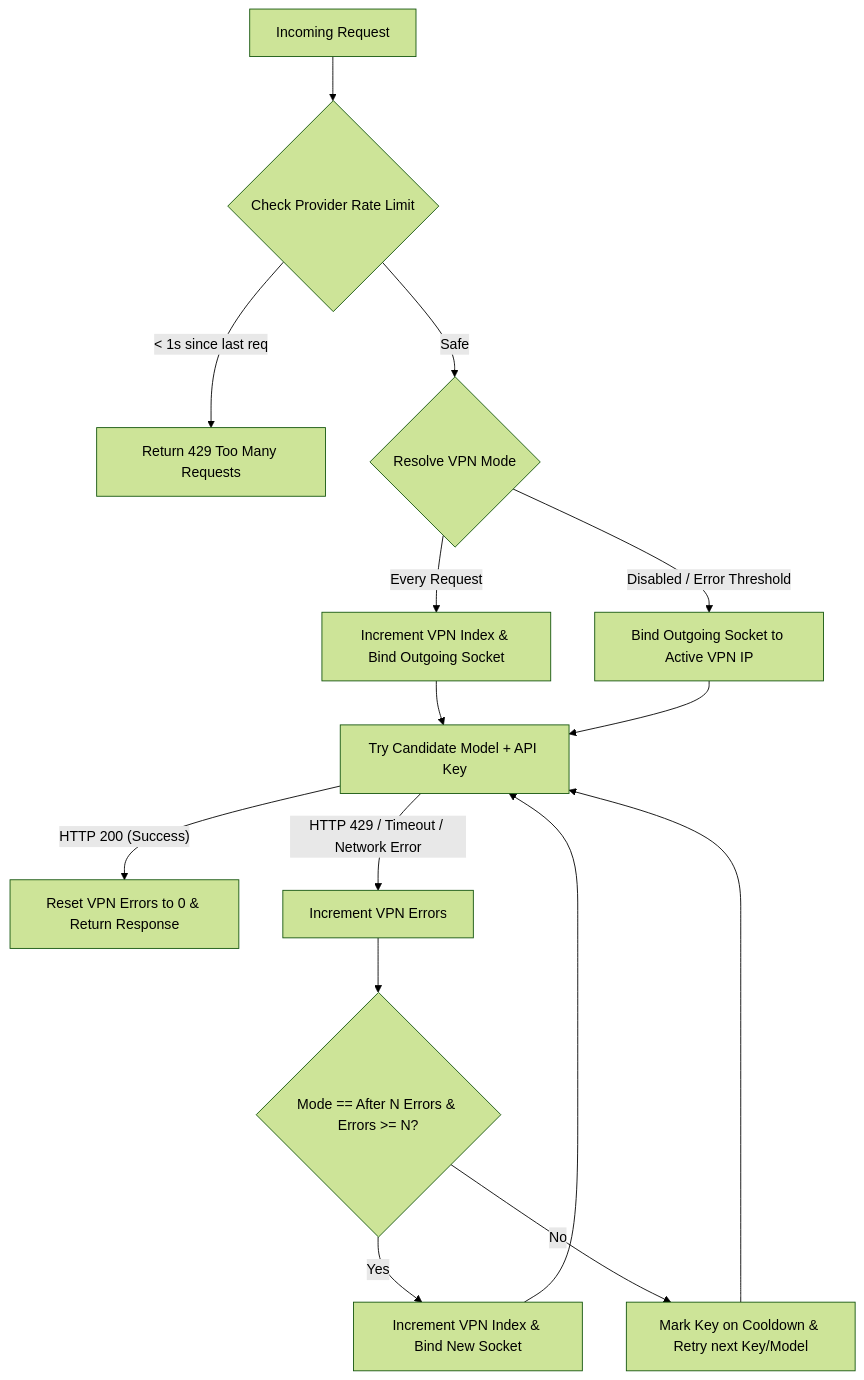
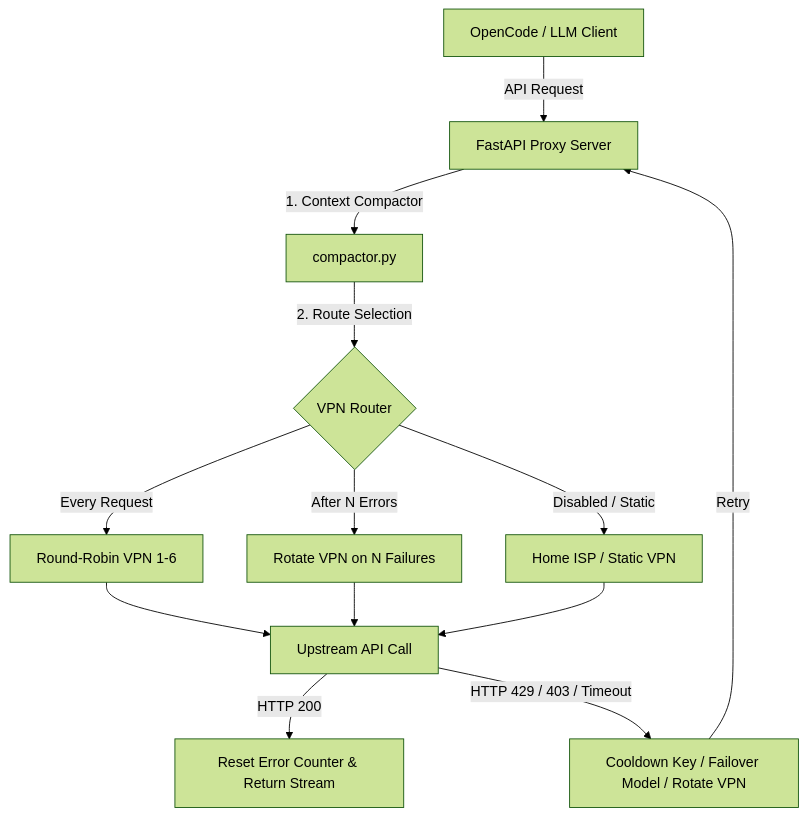
The diagram in README.md (Satori8/RotationProxy), drawn with Mermaid (forest theme) before and after one commit. The commit also changed other lines of this file and 20 other files, not shown here.

````diff
--- a/README.md
+++ b/README.md
@@ -144,22 +15,18 @@
 ```mermaid
 graph TD
-    A[Incoming Request] --> B{Check Provider Rate Limit}
-    B -- < 1s since last req --> C[Return 429 Too Many Requests]
-    B -- Safe --> D{Resolve VPN Mode}
+    Client[OpenCode / LLM Client] -->|API Request| Proxy[FastAPI Proxy Server]
+    Proxy -->|1. Context Compactor| Compactor[compactor.py]
+    Compactor -->|2. Route Selection| Router{VPN Router}
     
-    D -- Every Request --> E[Increment VPN Index & Bind Outgoing Socket]
-    D -- Disabled / Error Threshold --> F[Bind Outgoing Socket to Active VPN IP]
+    Router -->|Every Request| Rot[Round-Robin VPN 1-6]
+    Router -->|After N Errors| Err[Rotate VPN on N Failures]
+    Router -->|Disabled / Static| Static[Home ISP / Static VPN]
     
-    E --> G[Try Candidate Model + API Key]
-    F --> G
+    Rot --> Call[Upstream API Call]
+    Err --> Call
+    Static --> Call
     
-    G -- HTTP 200 (Success) --> H[Reset VPN Errors to 0 & Return Response]
-    G -- HTTP 429 / Timeout / Network Error --> I[Increment VPN Errors]
-    
-    I --> J{Mode == After N Errors & Errors >= N?}
-    J -- Yes --> K[Increment VPN Index & Bind New Socket]
-    K --> G
-    
-    J -- No --> L[Mark Key on Cooldown & Retry next Key/Model]
-    L --> G
+    Call -->|HTTP 200| Success[Reset Error Counter & Return Stream]
+    Call -->|HTTP 429 / 403 / Timeout| Fail[Cooldown Key / Failover Model / Rotate VPN]
+    Fail -->|Retry| Proxy
 ```
````
